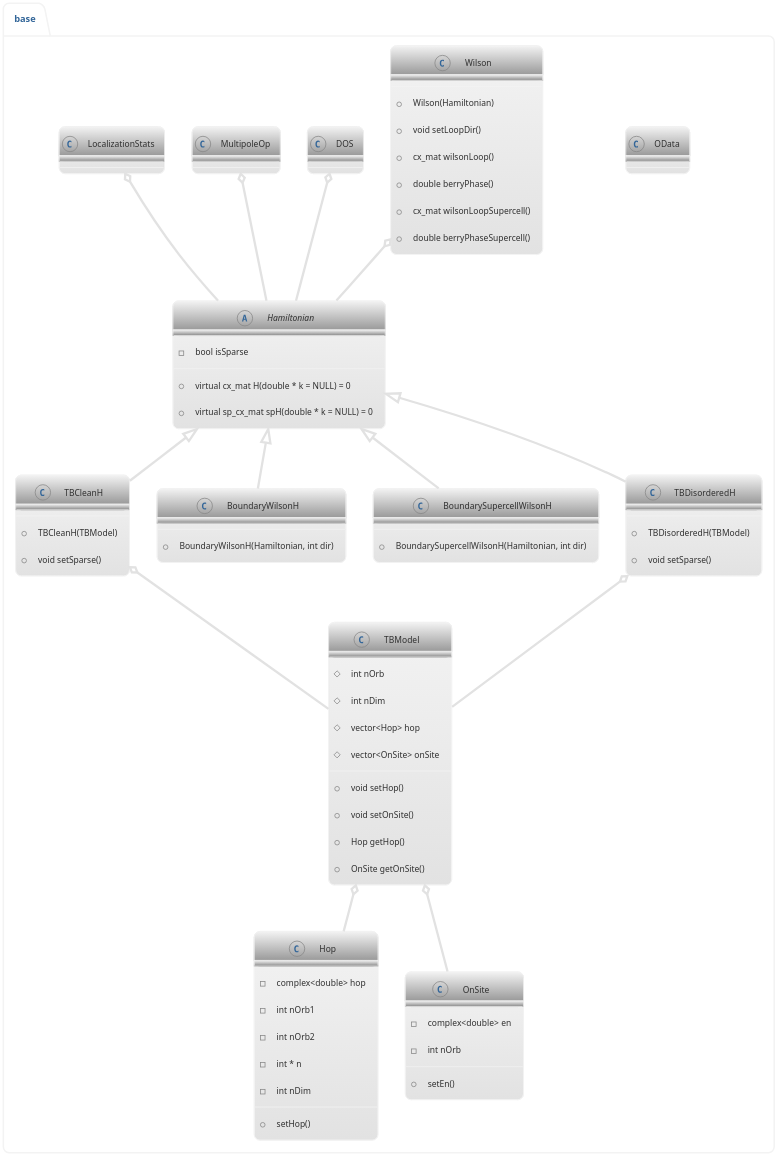
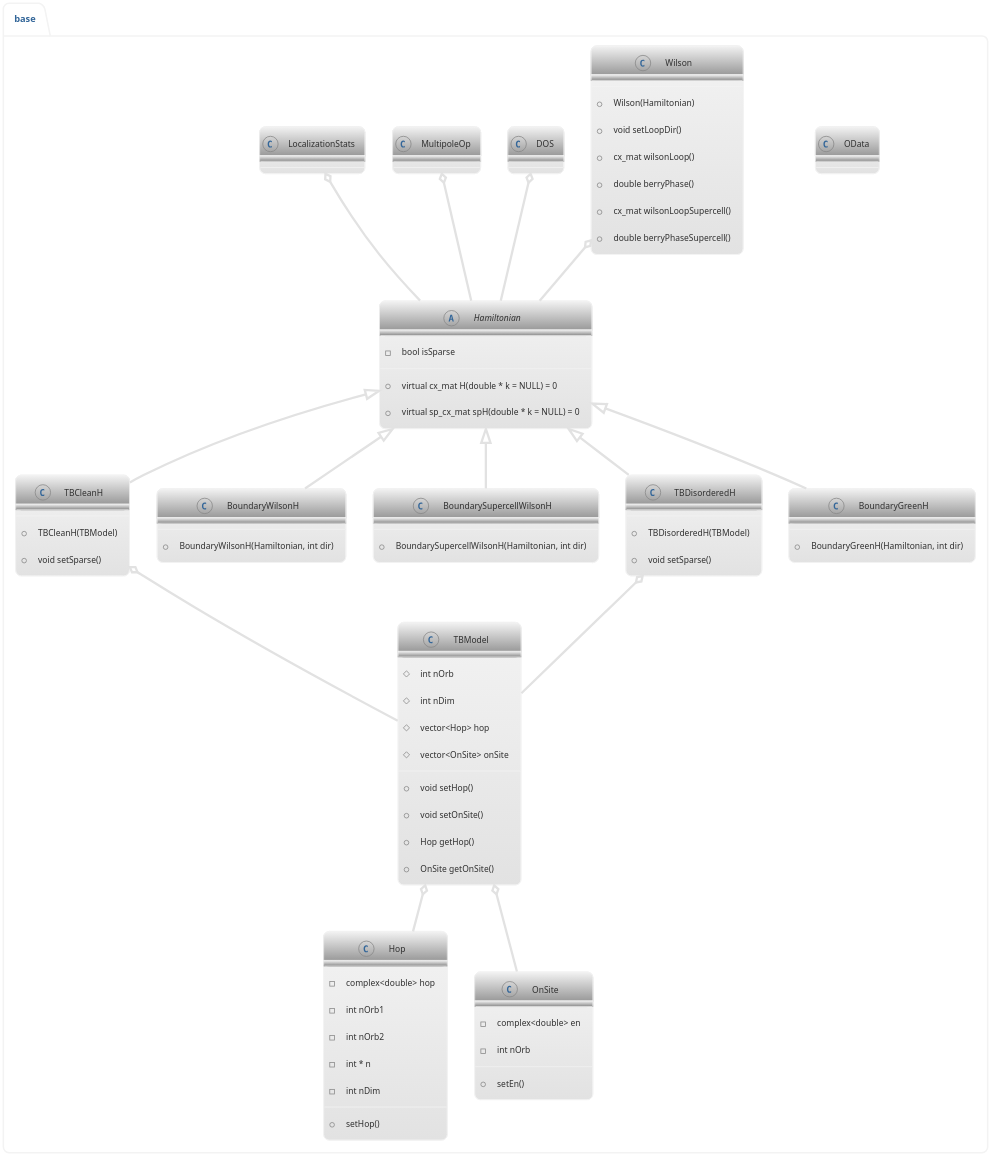
Before and after one commit to Hugo-loio/TIM: the diagram in diagram/diagram.pu, drawn with PlantUML. The commit also changed 1 other file, not shown here.

Commit message:
Boundary Green functions

```diff
--- a/diagram/diagram.pu
+++ b/diagram/diagram.pu
@@ -1,100 +1,105 @@
 @startuml
 
 !theme lightgray
 
 skinparam dpi 200
 
 package "base" {
 
   class TBModel{
     'Attributes
     # int nOrb
     # int nDim
     # vector<Hop> hop
     # vector<OnSite> onSite
     'Methods
     + void setHop()
     + void setOnSite()
     + Hop getHop()
     + OnSite getOnSite()
   }
 
   class Hop{
     -complex<double> hop
     -int nOrb1
     -int nOrb2
     -int * n
     -int nDim
     + setHop()
   }
 
   class OnSite{
     -complex<double> en
     -int nOrb
     + setEn()
   }
 
   class OData{
   }
 
   abstract class Hamiltonian{
   +virtual cx_mat H(double * k = NULL) = 0
   +virtual sp_cx_mat spH(double * k = NULL) = 0
   - bool isSparse
 }
 
 class Wilson{
   + Wilson(Hamiltonian)
   + void setLoopDir()
   + cx_mat wilsonLoop()
   + double berryPhase()
   + cx_mat wilsonLoopSupercell()
   + double berryPhaseSupercell()
 }
 
 class DOS{
 }
 
 class MultipoleOp{
 }
 
 class LocalizationStats{
 }
 
 class TBCleanH{
   + TBCleanH(TBModel)
   + void setSparse()
 }
 
 class BoundaryWilsonH{
   + BoundaryWilsonH(Hamiltonian, int dir)
 }
 
 class BoundarySupercellWilsonH{
   + BoundarySupercellWilsonH(Hamiltonian, int dir)
 }
 
 class TBDisorderedH{
   + TBDisorderedH(TBModel)
   + void setSparse()
 }
 
+class BoundaryGreenH{
+  + BoundaryGreenH(Hamiltonian, int dir)
+}
+
 Wilson o-- Hamiltonian
 DOS o-- Hamiltonian
 MultipoleOp o-- Hamiltonian
 LocalizationStats o--Hamiltonian
 
 Hamiltonian <|-- TBCleanH
 Hamiltonian <|-- TBDisorderedH
 Hamiltonian <|-- BoundaryWilsonH
 Hamiltonian <|-- BoundarySupercellWilsonH
+Hamiltonian <|-- BoundaryGreenH
 
 TBCleanH o-- TBModel
 TBDisorderedH o-- TBModel
 
 TBModel o-- OnSite
 TBModel o-- Hop
 
 }
 
 @enduml
```
